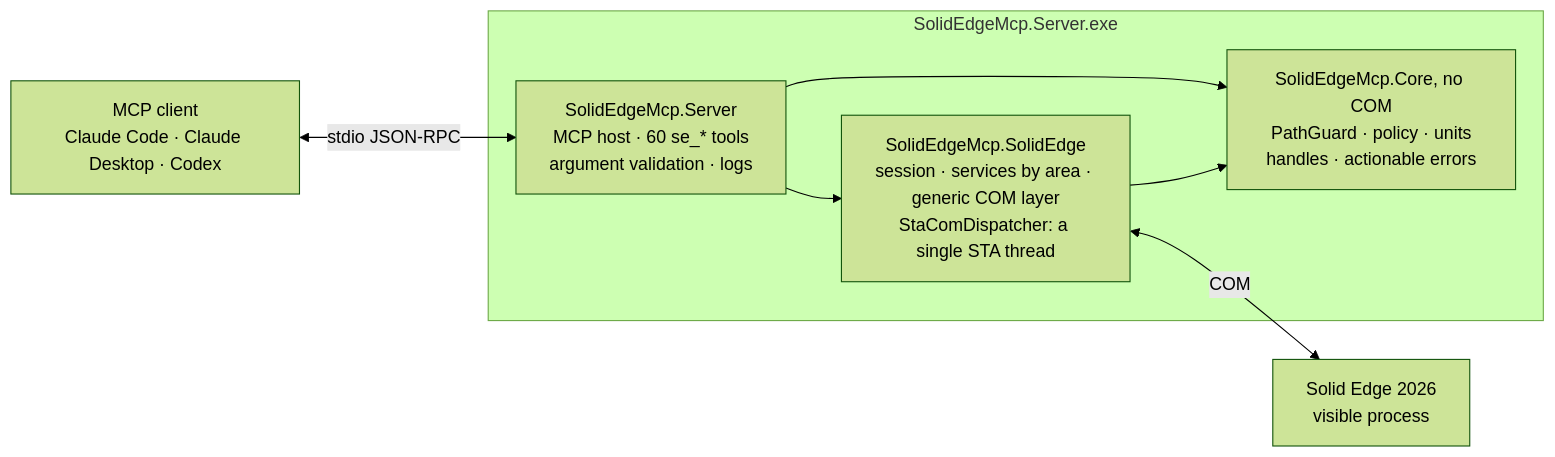
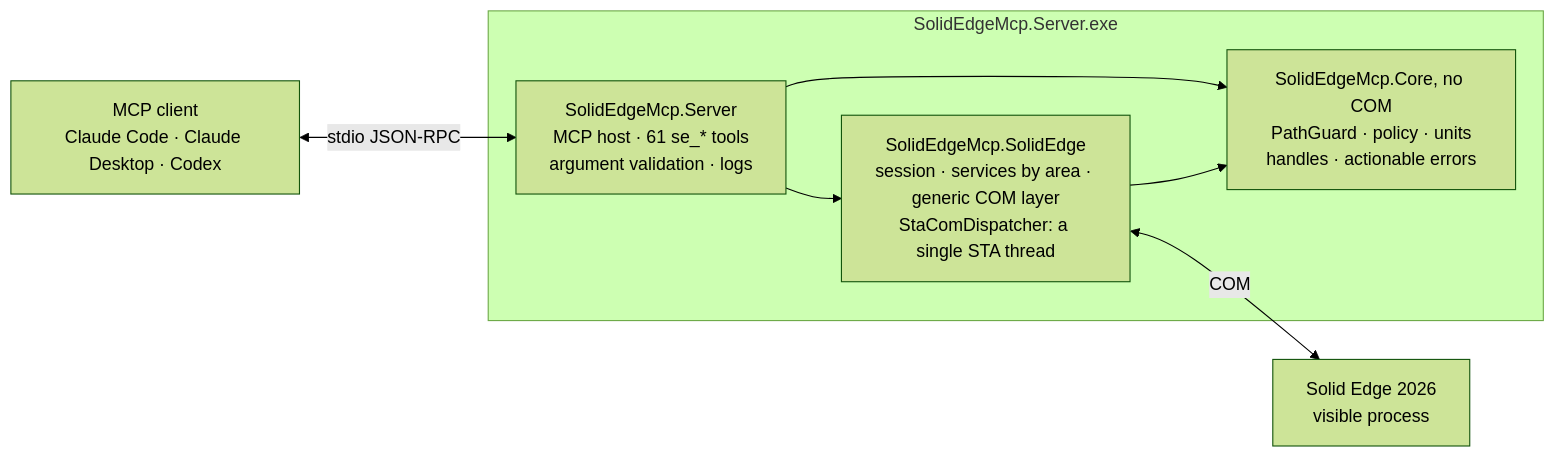
Before and after one commit to gabichuuuuu/solid-edge-mcp: the diagram in README.md, drawn with Mermaid (forest theme). The commit also changed other lines of this file and 14 other files, not shown here.

````diff
--- a/README.md
+++ b/README.md
@@ -302,18 +303,18 @@
 ```mermaid
 flowchart LR
     client["MCP client<br/>Claude Code · Claude Desktop · Codex"]
 
     subgraph exe ["SolidEdgeMcp.Server.exe"]
-        server["SolidEdgeMcp.Server<br/>MCP host · 60 se_* tools<br/>argument validation · logs"]
+        server["SolidEdgeMcp.Server<br/>MCP host · 61 se_* tools<br/>argument validation · logs"]
         se["SolidEdgeMcp.SolidEdge<br/>session · services by area · generic COM layer<br/>StaComDispatcher: a single STA thread"]
         core["SolidEdgeMcp.Core, no COM<br/>PathGuard · policy · units<br/>handles · actionable errors"]
         server --> se
         server --> core
         se --> core
     end
 
     app["Solid Edge 2026<br/>visible process"]
 
     client <-->|stdio JSON-RPC| server
     se <-->|COM| app
 ```
````
